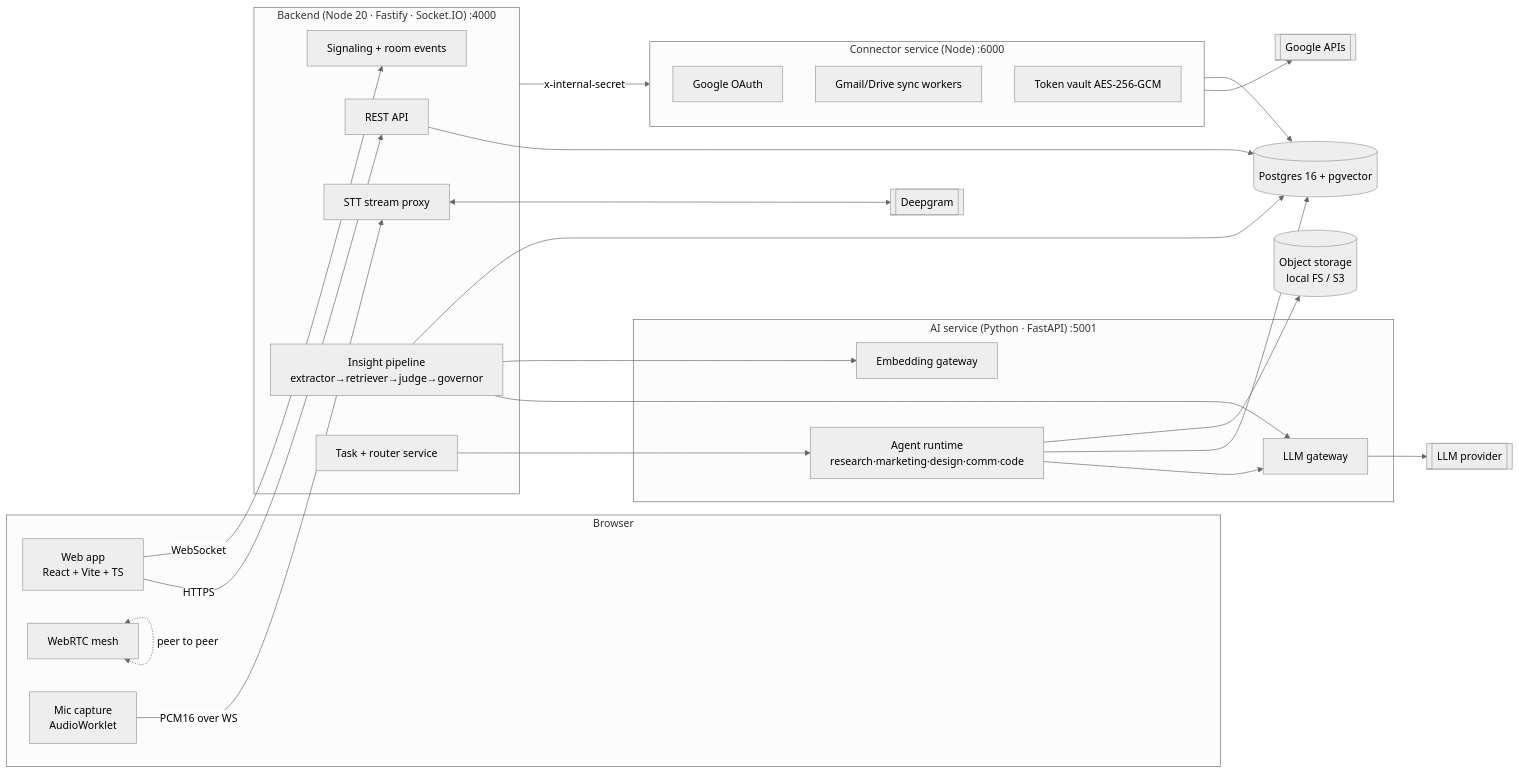
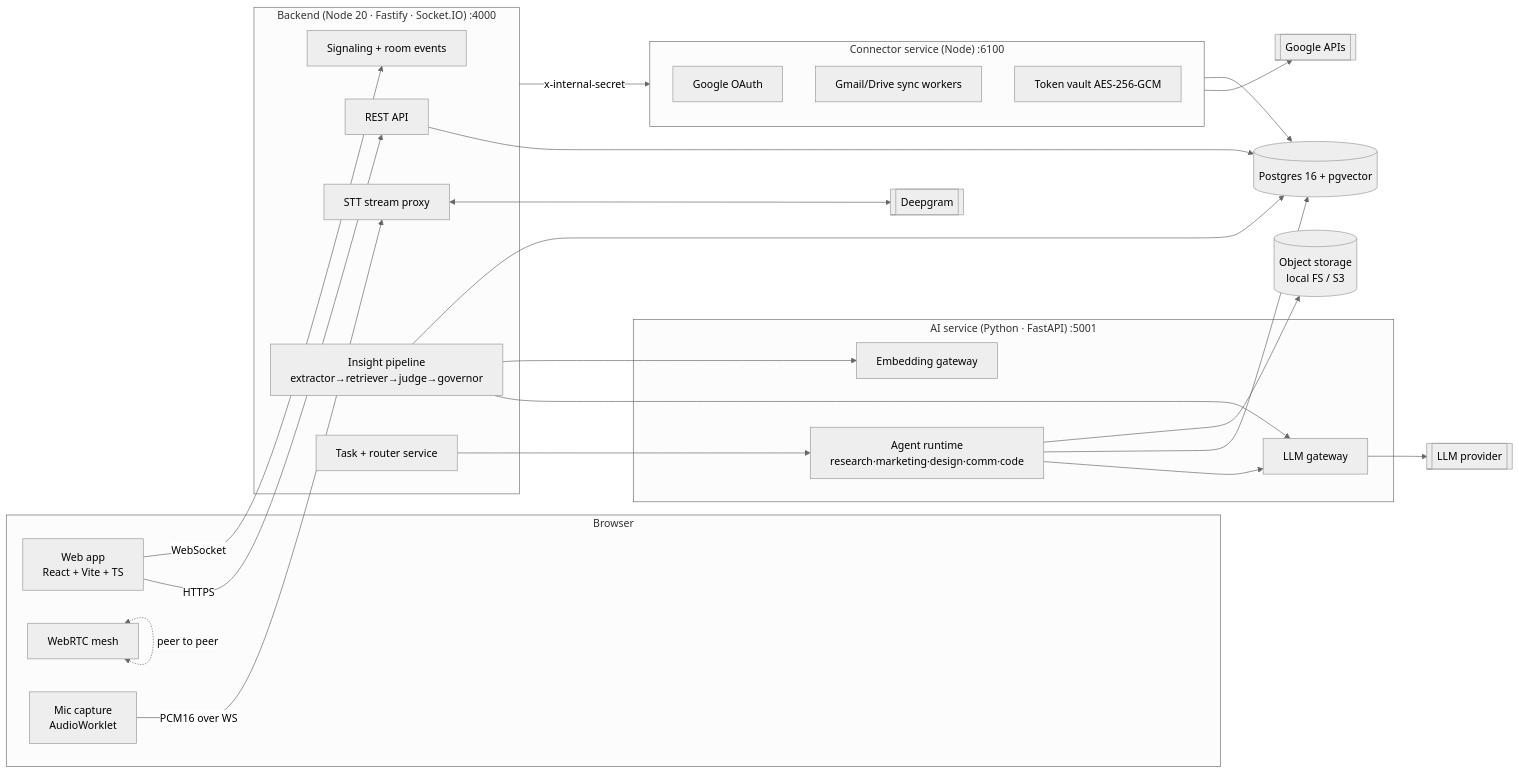
One commit to Octaves0911/meta-ai-hackathon changed the first of 3 diagrams in docs/01-architecture.md. Above: the diagram before and after it, drawn with Mermaid (neutral theme). The commit also changed other lines of this file and 6 other files, not shown here.

````diff
--- a/docs/01-architecture.md
+++ b/docs/01-architecture.md
@@ -15,52 +15,52 @@
 ```mermaid
 flowchart LR
   subgraph Browser
     WEB[Web app<br/>React + Vite + TS]
     RTC[WebRTC mesh]
     CAP[Mic capture<br/>AudioWorklet]
   end
 
   subgraph Node["Backend (Node 20 · Fastify · Socket.IO) :4000"]
     REST[REST API]
     SIG[Signaling + room events]
     STT[STT stream proxy]
     PIPE[Insight pipeline<br/>extractor→retriever→judge→governor]
     TASKS[Task + router service]
   end
 
   subgraph AI["AI service (Python · FastAPI) :5001"]
     LLM[LLM gateway]
     EMB[Embedding gateway]
     AGENTS[Agent runtime<br/>research·marketing·design·comm·code]
   end
 
-  subgraph CONN["Connector service (Node) :6000"]
+  subgraph CONN["Connector service (Node) :6100"]
     OAUTH[Google OAuth]
     SYNC[Gmail/Drive sync workers]
     VAULT[Token vault AES-256-GCM]
   end
 
   PG[(Postgres 16 + pgvector)]
   OBJ[(Object storage<br/>local FS / S3)]
   DG[[Deepgram]]
   GOOG[[Google APIs]]
   MODEL[[LLM provider]]
 
   WEB -- HTTPS --> REST
   WEB -- WebSocket --> SIG
   CAP -- PCM16 over WS --> STT
   RTC <-. peer to peer .-> RTC
   STT <--> DG
   PIPE --> LLM
   PIPE --> EMB
   TASKS --> AGENTS
   AGENTS --> LLM
   REST --> PG
   PIPE --> PG
   AGENTS --> PG
   AGENTS --> OBJ
   Node -- x-internal-secret --> CONN
   CONN --> GOOG
   CONN --> PG
   LLM --> MODEL
 ```
````
